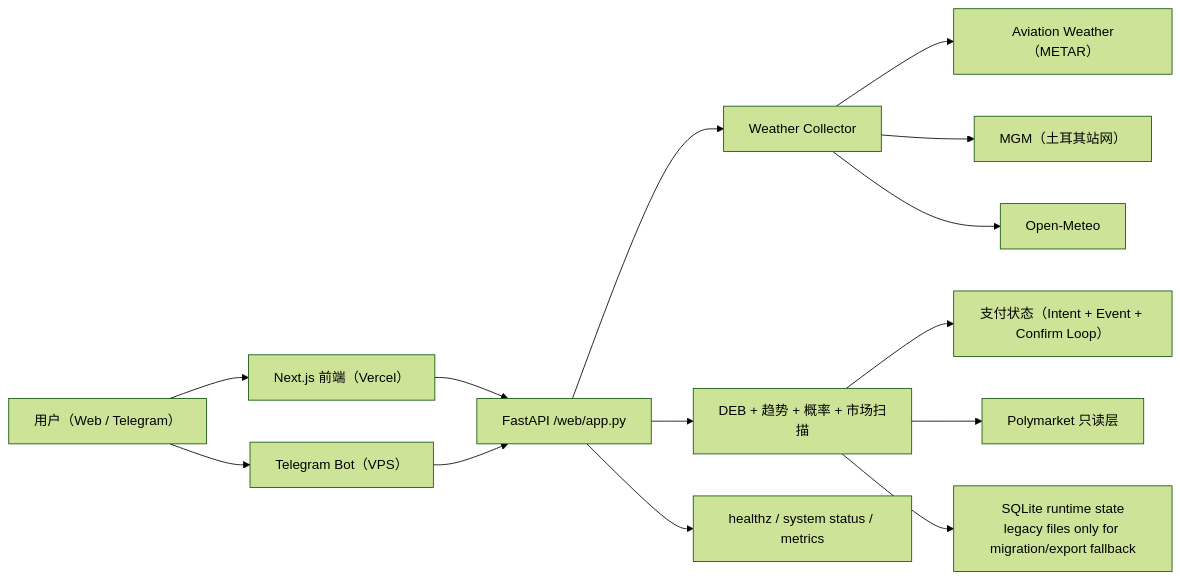
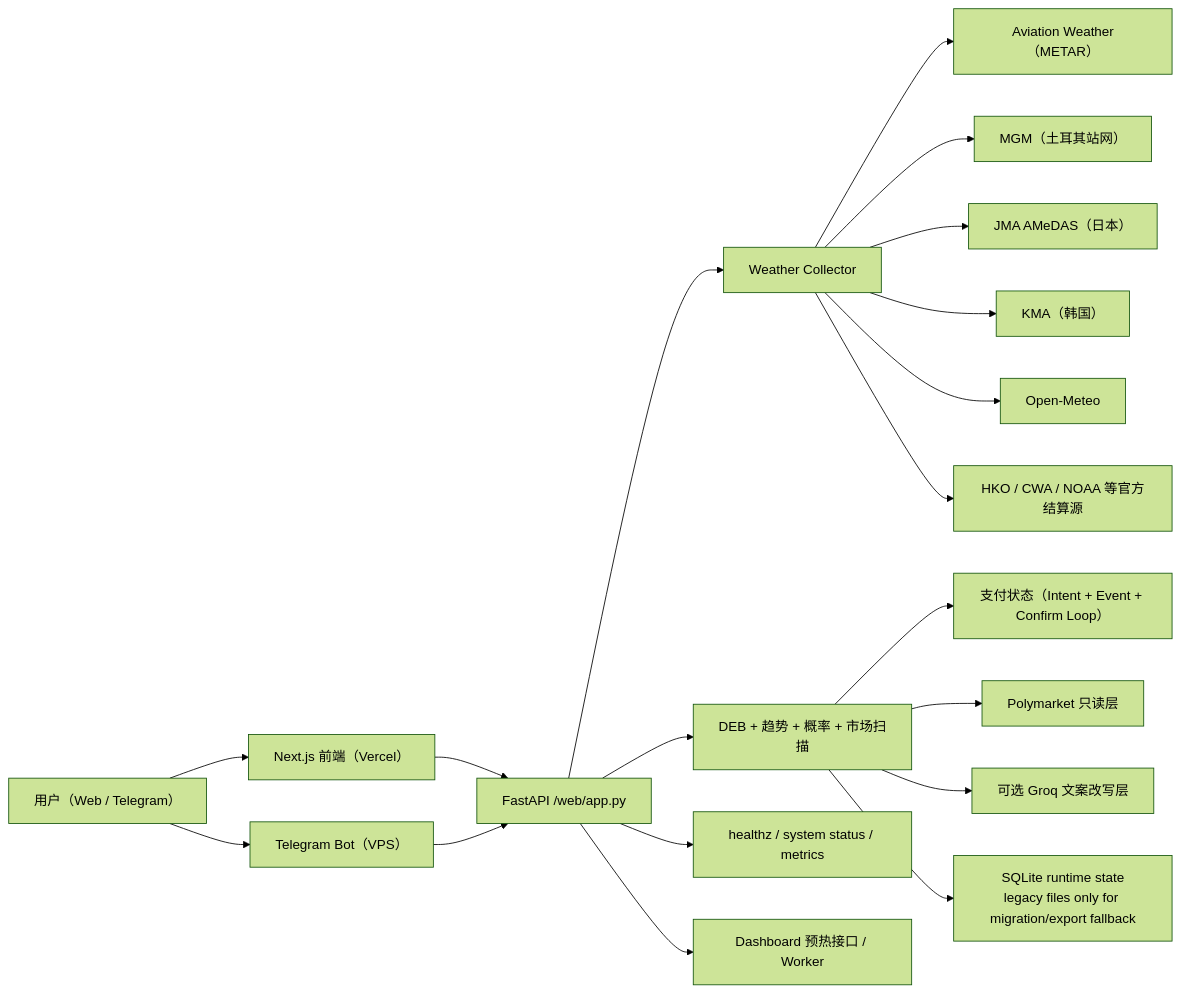
The diagram in README_ZH.md (ivanmladek/PolyWeather), drawn with Mermaid (forest theme) before and after one commit. The commit also changed other lines of this file and 9 other files, not shown here.

````diff
--- a/README_ZH.md
+++ b/README_ZH.md
@@ -51,18 +65,23 @@
 ```mermaid
 flowchart LR
     U["用户（Web / Telegram）"] --> FE["Next.js 前端（Vercel）"]
     U --> BOT["Telegram Bot（VPS）"]
     FE --> API["FastAPI /web/app.py"]
     BOT --> API
 
     API --> WX["Weather Collector"]
     WX --> METAR["Aviation Weather（METAR）"]
     WX --> MGM["MGM（土耳其站网）"]
+    WX --> JMA["JMA AMeDAS（日本）"]
+    WX --> KMA["KMA（韩国）"]
     WX --> OM["Open-Meteo"]
+    WX --> HKO["HKO / CWA / NOAA 等官方结算源"]
 
     API --> ANA["DEB + 趋势 + 概率 + 市场扫描"]
     ANA --> PAY["支付状态（Intent + Event + Confirm Loop）"]
     ANA --> PM["Polymarket 只读层"]
     API --> OBS["healthz / system status / metrics"]
+    API --> PREWARM["Dashboard 预热接口 / Worker"]
+    ANA --> LLM["可选 Groq 文案改写层"]
     ANA --> STATE["SQLite runtime state<br/>legacy files only for migration/export fallback"]
 ```
````
